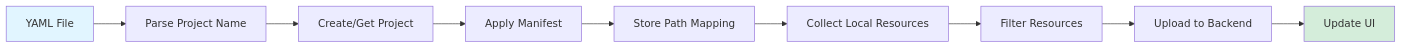
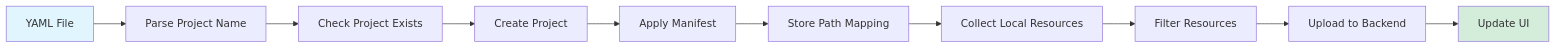
The fourth of 4 diagrams in docs/commands/apply-manifest-flows.md (autokitteh/vscode-extension), drawn with Mermaid before and after one commit. The commit also changed other lines of this file, not shown here.

Commit message:
feat(UI-1541): improve project creation from yaml - update readme

````diff
--- a/docs/commands/apply-manifest-flows.md
+++ b/docs/commands/apply-manifest-flows.md
@@ -366,14 +355,15 @@
 ```mermaid
 flowchart LR
     A[YAML File] --> B[Parse Project Name]
-    B --> C[Create/Get Project]
-    C --> D[Apply Manifest]
-    D --> E[Store Path Mapping]
-    E --> F[Collect Local Resources]
-    F --> G[Filter Resources]
-    G --> H[Upload to Backend]
-    H --> I[Update UI]
+    B --> C[Check Project Exists]
+    C --> D[Create Project]
+    D --> E[Apply Manifest]
+    E --> F[Store Path Mapping]
+    F --> G[Collect Local Resources]
+    G --> H[Filter Resources]
+    H --> I[Upload to Backend]
+    I --> J[Update UI]
 
     style A fill:#e1f5ff
-    style I fill:#d4edda
+    style J fill:#d4edda
 ```
````
